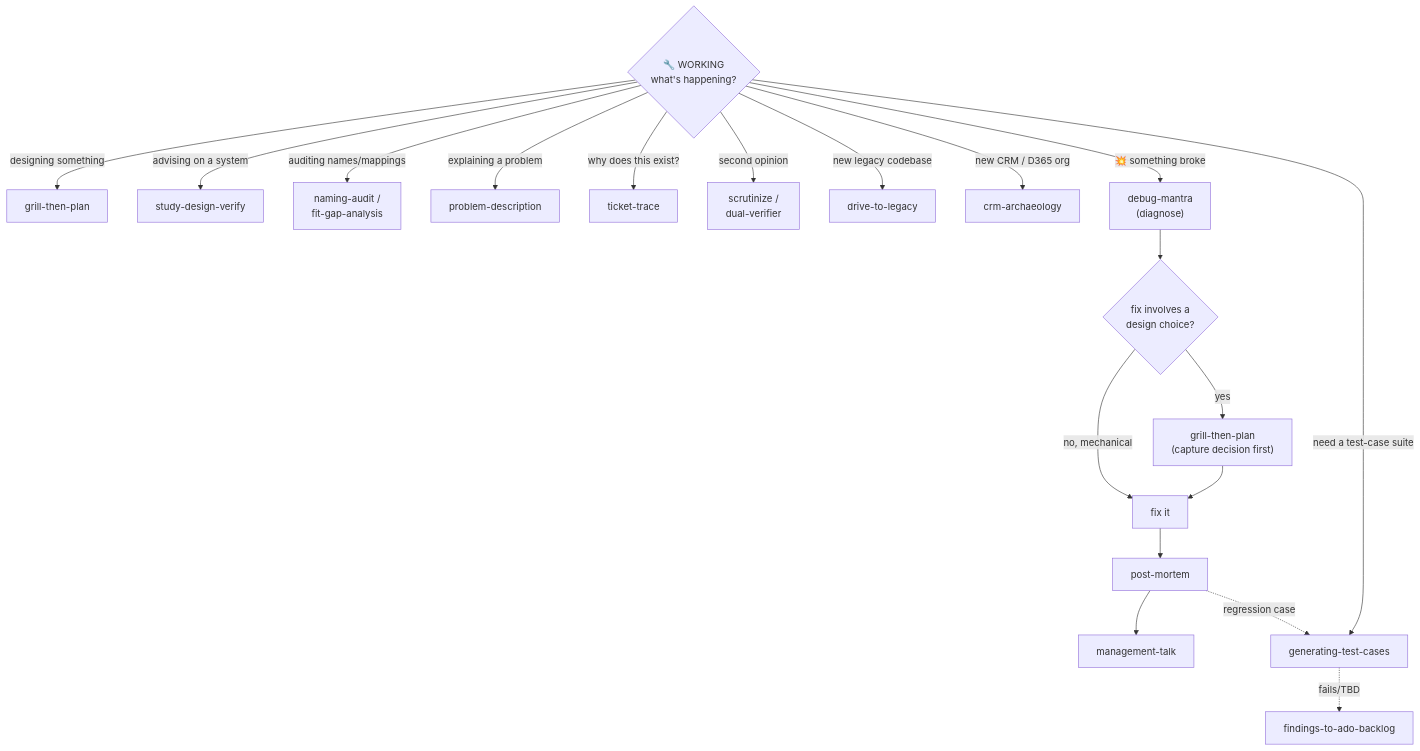
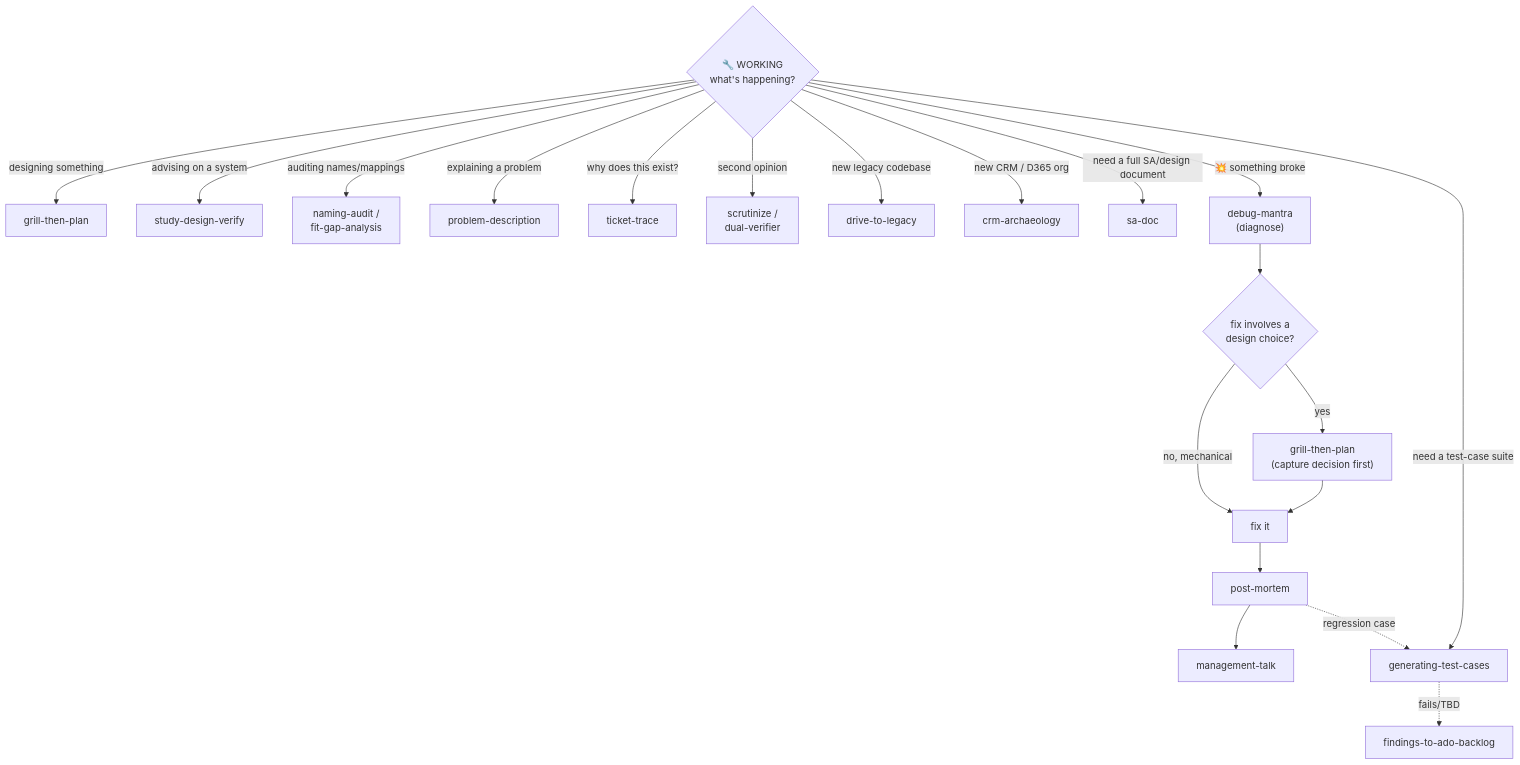
Before and after one commit to ThodsaphonSonthiphin/workflow-daily-work: the second of 2 diagrams in PLAYBOOK.md, drawn with Mermaid. The commit also changed other lines of this file and 4 other files, not shown here.

Commit message:
feat(sa-doc): playbook row, stateDiagram-v2 convention row, ADR 0025, bump dev-workflows 0.21.0 -> 0.22.0 (heals marketplace drift)

````diff
--- a/PLAYBOOK.md
+++ b/PLAYBOOK.md
@@ -42,24 +42,25 @@
 ```mermaid
 flowchart TD
     WORK{"🔧 WORKING<br/>what's happening?"}
 
     WORK -- designing something --> GTP["grill-then-plan"]
     WORK -- advising on a system --> SDV["study-design-verify"]
     WORK -- auditing names/mappings --> NA["naming-audit /<br/>fit-gap-analysis"]
     WORK -- explaining a problem --> PD["problem-description"]
     WORK -- why does this exist? --> TT["ticket-trace"]
     WORK -- second opinion --> SC["scrutinize /<br/>dual-verifier"]
     WORK -- new legacy codebase --> DTL["drive-to-legacy"]
     WORK -- new CRM / D365 org --> CA["crm-archaeology"]
+    WORK -- need a full SA/design document --> SAD["sa-doc"]
 
     WORK -- 💥 something broke --> DM["debug-mantra<br/>(diagnose)"]
     DM --> Q{"fix involves a<br/>design choice?"}
     Q -- no, mechanical --> FIX["fix it"]
     Q -- yes --> GTP2["grill-then-plan<br/>(capture decision first)"]
     GTP2 --> FIX
     FIX --> PM["post-mortem"]
     PM --> MT["management-talk"]
     WORK -- need a test-case suite --> GTC["generating-test-cases"]
     PM -. regression case .-> GTC
     GTC -. fails/TBD .-> FILEHINT["findings-to-ado-backlog"]
 ```
````
